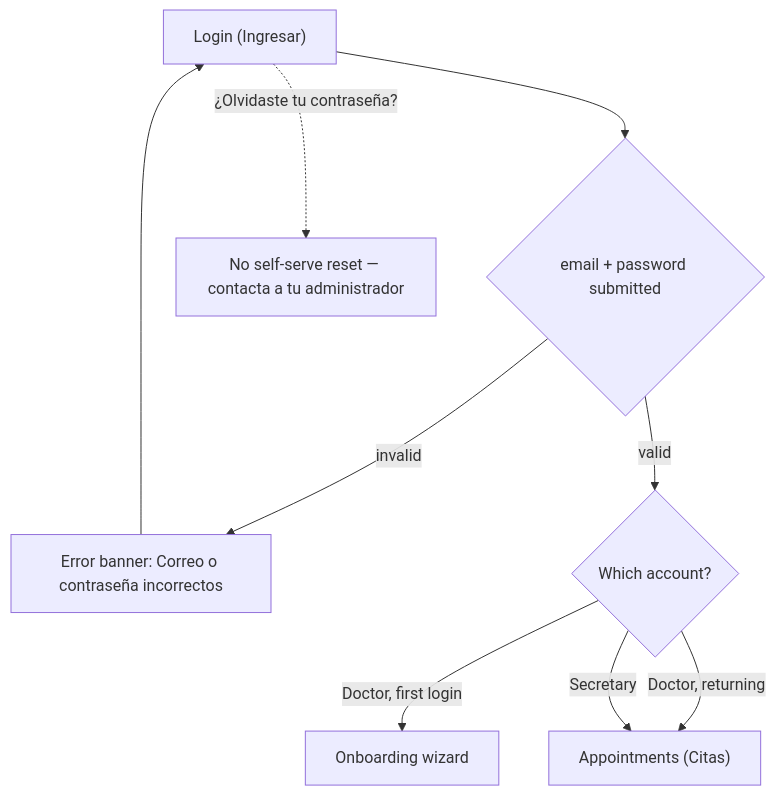
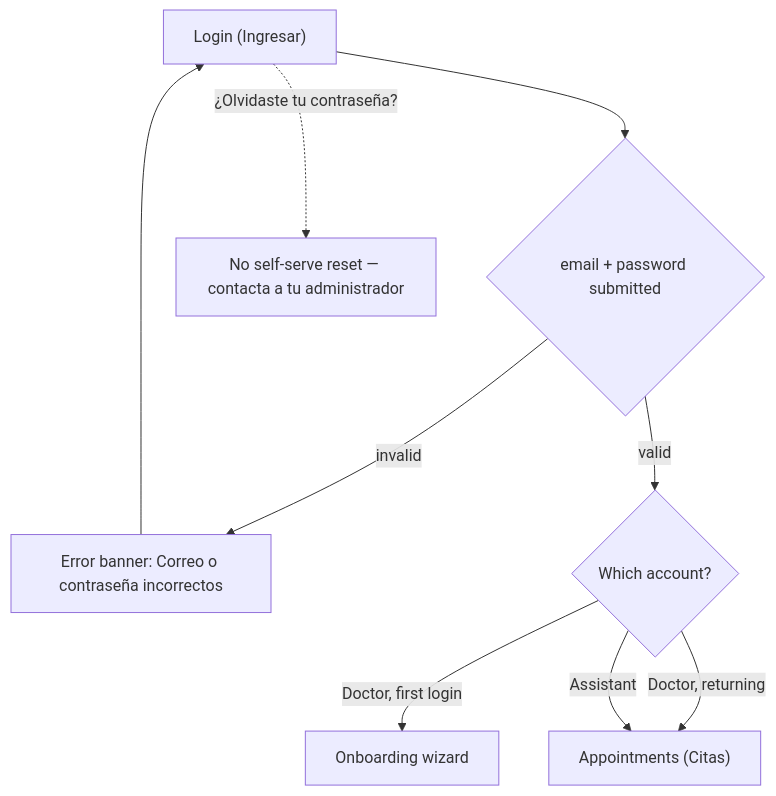
The first of 10 diagrams in docs/flows/doctor-assistant-panel.md (DaleneyRuben/alivia), drawn with Mermaid before and after one commit. The commit also changed other lines of this file and 10 other files, not shown here.

Commit message:
rename secretary role to assistant across docs

````diff
--- a/docs/flows/doctor-assistant-panel.md
+++ b/docs/flows/doctor-assistant-panel.md
@@ -15,11 +15,11 @@
 ```mermaid
 flowchart TD
     Login["Login (Ingresar)"] --> Sub{"email + password submitted"}
     Sub -->|"invalid"| Err["Error banner: Correo o contraseña incorrectos"]
     Err --> Login
     Sub -->|"valid"| Who{"Which account?"}
     Who -->|"Doctor, first login"| Onb["Onboarding wizard"]
     Who -->|"Doctor, returning"| Appt["Appointments (Citas)"]
-    Who -->|"Secretary"| Appt
+    Who -->|"Assistant"| Appt
     Login -.->|"¿Olvidaste tu contraseña?"| Note["No self-serve reset — contacta a tu administrador"]
 ```
````
